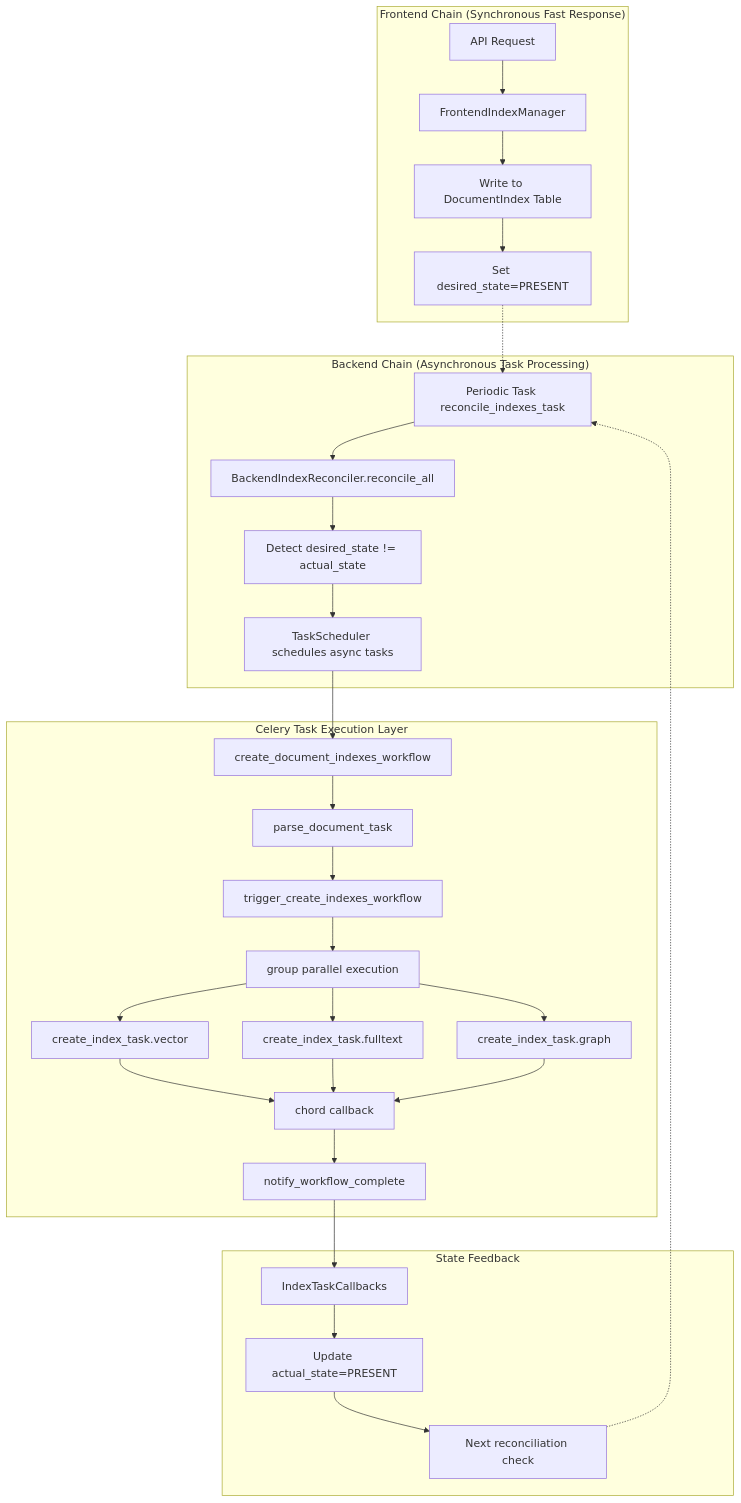
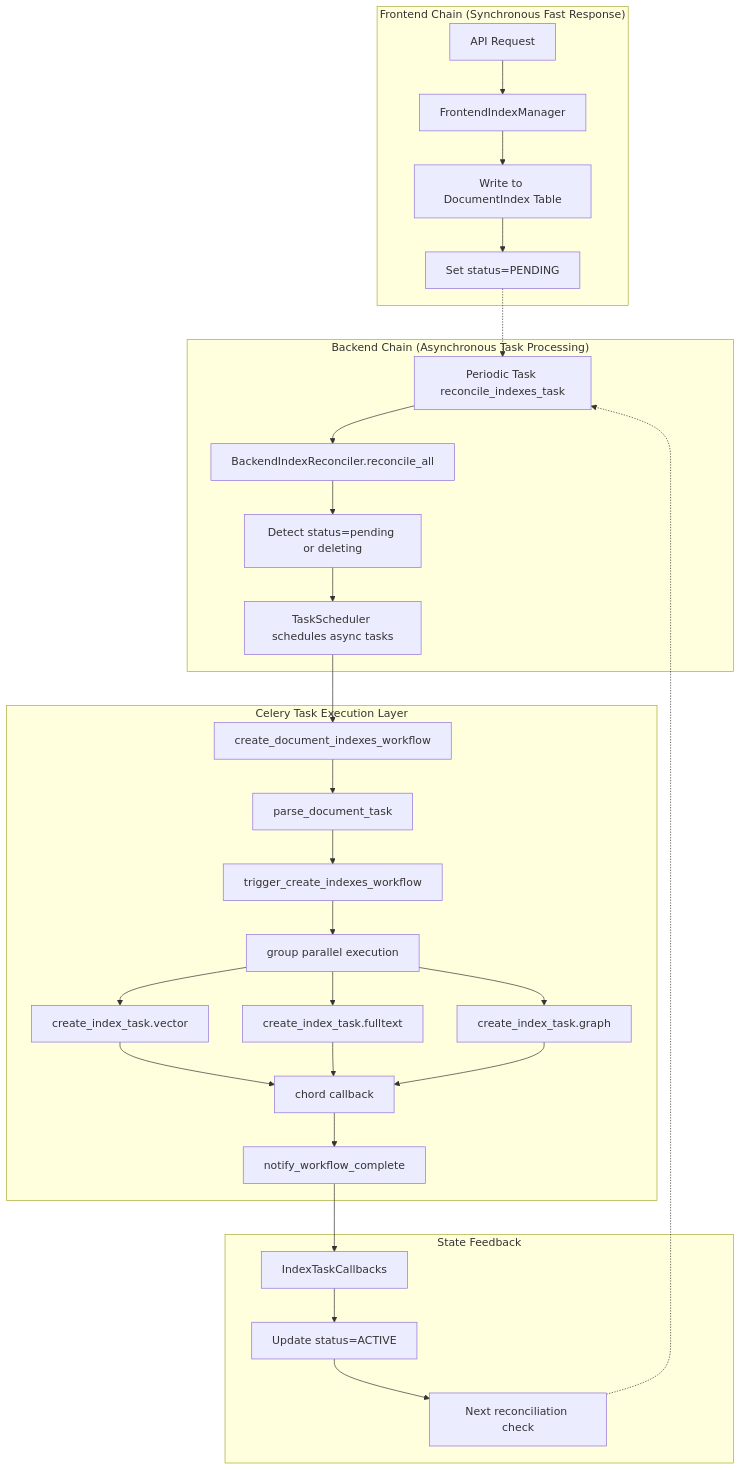
The diagram in docs/indexing_architecture.md (holdgh/ApeRAG), drawn with Mermaid before and after one commit. The commit also changed other lines of this file and 16 other files, not shown here.

````diff
--- a/docs/indexing_architecture.md
+++ b/docs/indexing_architecture.md
@@ -9,37 +9,37 @@
 ```mermaid
 graph TB
     subgraph "Frontend Chain (Synchronous Fast Response)"
         A[API Request] --> B[FrontendIndexManager]
         B --> C[Write to DocumentIndex Table]
-        C --> D[Set desired_state=PRESENT]
+        C --> D[Set status=PENDING]
     end
     
     subgraph "Backend Chain (Asynchronous Task Processing)"
         E[Periodic Task reconcile_indexes_task] --> F[BackendIndexReconciler.reconcile_all]
-        F --> G[Detect desired_state != actual_state]
+        F --> G[Detect status=pending or deleting]
         G --> H[TaskScheduler schedules async tasks]
     end
     
     subgraph "Celery Task Execution Layer"
         H --> I[create_document_indexes_workflow]
         I --> J[parse_document_task]
         J --> K[trigger_create_indexes_workflow]
         K --> L[group parallel execution]
         L --> M[create_index_task.vector]
         L --> N[create_index_task.fulltext] 
         L --> O[create_index_task.graph]
         M --> P[chord callback]
         N --> P
         O --> P
         P --> Q[notify_workflow_complete]
     end
     
     subgraph "State Feedback"
         Q --> R[IndexTaskCallbacks]
-        R --> S[Update actual_state=PRESENT]
+        R --> S[Update status=ACTIVE]
         S --> T[Next reconciliation check]
     end
     
     D -.-> E
     T -.-> E
 ```
````
